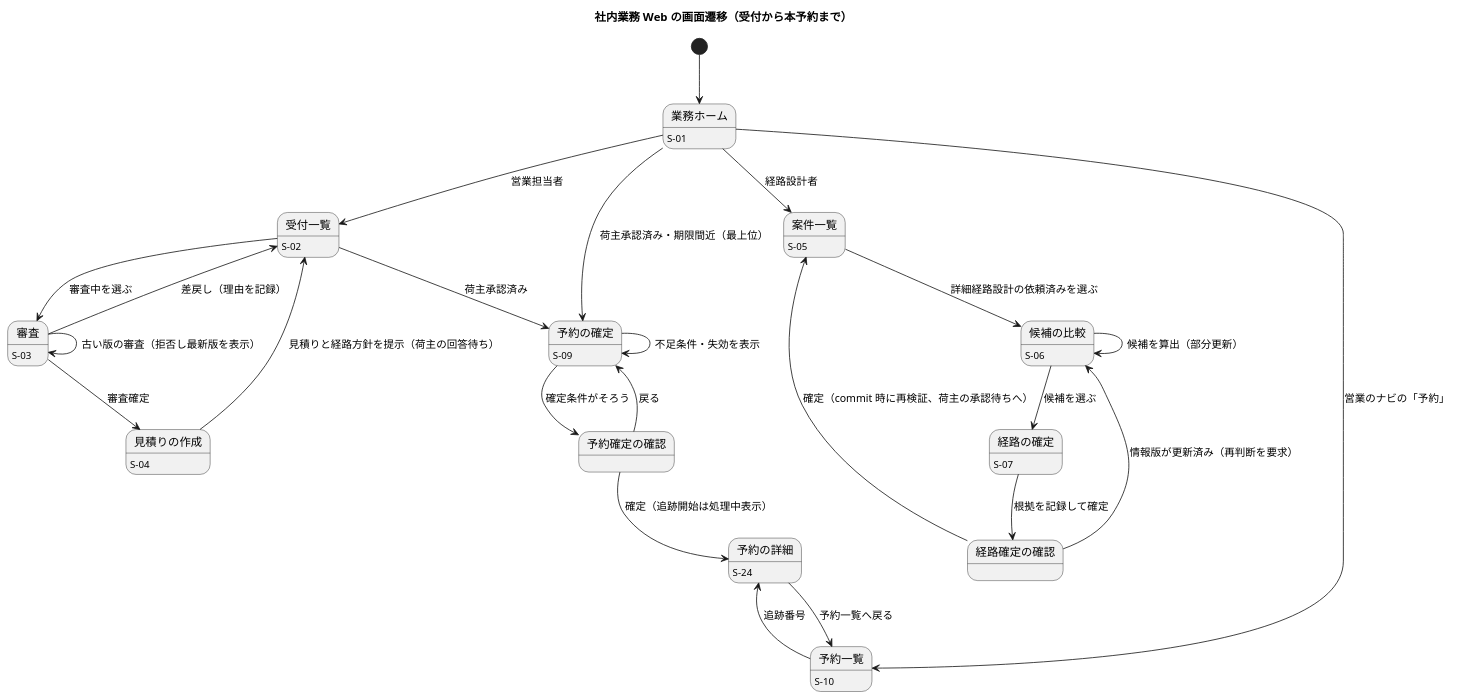
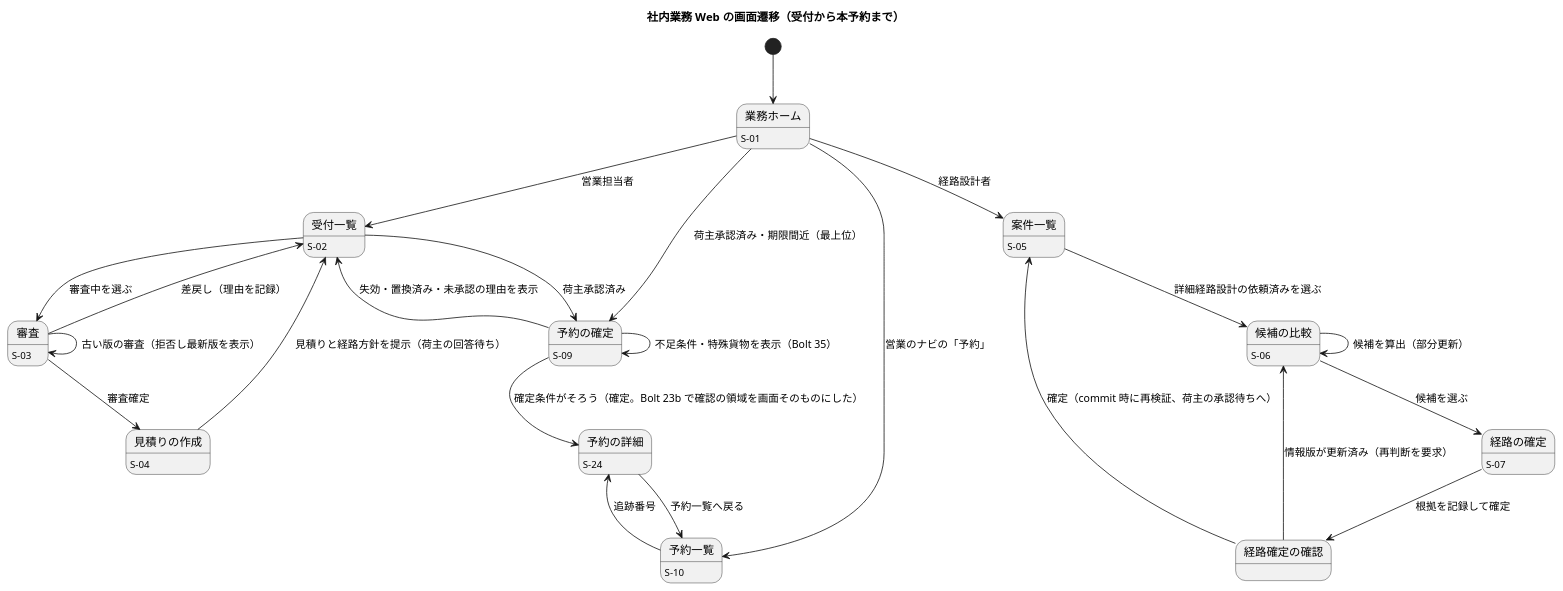
The fifth of 36 diagrams in docs/design/cargo-tracker/ui_design.md (k2works/practical-domain-driven-design-in-enterpris-application), drawn with PlantUML before and after one commit. The commit also changed other lines of this file and 7 other files, not shown here.

````diff
--- a/docs/design/cargo-tracker/ui_design.md
+++ b/docs/design/cargo-tracker/ui_design.md
@@ -408,39 +408,38 @@
 ```plantuml
 @startuml
 title 社内業務 Web の画面遷移（受付から本予約まで）
 [*] --> 業務ホーム
 業務ホーム : S-01
 受付一覧 : S-02
 審査 : S-03
 見積りの作成 : S-04
 案件一覧 : S-05
 候補の比較 : S-06
 経路の確定 : S-07
 予約の確定 : S-09
 予約の詳細 : S-24
 予約一覧 : S-10
 
 業務ホーム --> 受付一覧 : 営業担当者
 受付一覧 --> 審査 : 審査中を選ぶ
 審査 --> 受付一覧 : 差戻し（理由を記録）
 審査 --> 審査 : 古い版の審査（拒否し最新版を表示）
 審査 --> 見積りの作成 : 審査確定
 見積りの作成 --> 受付一覧 : 見積りと経路方針を提示（荷主の回答待ち）
 業務ホーム --> 案件一覧 : 経路設計者
 案件一覧 --> 候補の比較 : 詳細経路設計の依頼済みを選ぶ
 候補の比較 --> 候補の比較 : 候補を算出（部分更新）
 候補の比較 --> 経路の確定 : 候補を選ぶ
 経路の確定 --> 経路確定の確認 : 根拠を記録して確定
 経路確定の確認 --> 案件一覧 : 確定（commit 時に再検証、荷主の承認待ちへ）
 経路確定の確認 --> 候補の比較 : 情報版が更新済み（再判断を要求）
 業務ホーム --> 予約の確定 : 荷主承認済み・期限間近（最上位）
 受付一覧 --> 予約の確定 : 荷主承認済み
-予約の確定 --> 予約確定の確認 : 確定条件がそろう
-予約確定の確認 --> 予約の詳細 : 確定（追跡開始は処理中表示）
-予約確定の確認 --> 予約の確定 : 戻る
-予約の確定 --> 予約の確定 : 不足条件・失効を表示
+予約の確定 --> 予約の詳細 : 確定条件がそろう（確定。Bolt 23b で確認の領域を画面そのものにした）
+予約の確定 --> 予約の確定 : 不足条件・特殊貨物を表示（Bolt 35）
+予約の確定 --> 受付一覧 : 失効・置換済み・未承認の理由を表示
 業務ホーム --> 予約一覧 : 営業のナビの「予約」
 予約一覧 --> 予約の詳細 : 追跡番号
 予約の詳細 --> 予約一覧 : 予約一覧へ戻る
 @enduml
 ```
````
